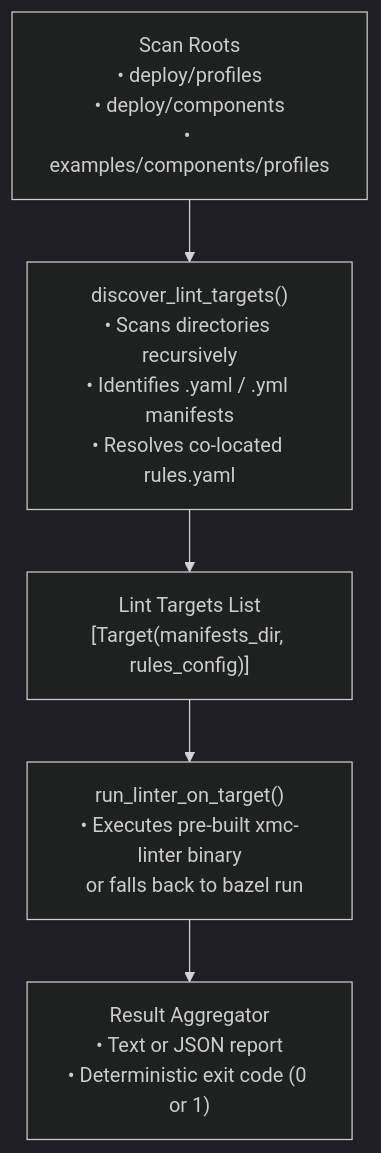
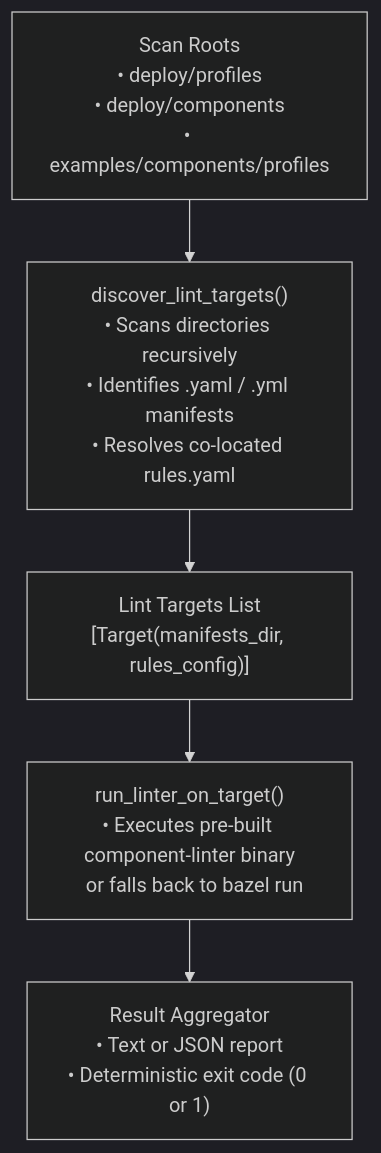
One commit to google/xmc changed the diagram in tools/components/README.md. Above: the diagram before and after it, drawn with Mermaid (dark theme). The commit also changed other lines of this file and 9 other files, not shown here.

First line of the commit message:
refactor(components): rename xmc-linter to component-linter and integrate with pre-commit

````diff
--- a/tools/components/README.md
+++ b/tools/components/README.md
@@ -11,7 +11,7 @@
 ```mermaid
 flowchart TD
     ScanRoots["Scan Roots\n• deploy/profiles\n• deploy/components\n• examples/components/profiles"] --> Discovery["discover_lint_targets()\n• Scans directories recursively\n• Identifies .yaml / .yml manifests\n• Resolves co-located rules.yaml"]
     Discovery --> Targets["Lint Targets List\n[Target(manifests_dir, rules_config)]"]
-    Targets --> Runner["run_linter_on_target()\n• Executes pre-built xmc-linter binary\n  or falls back to bazel run"]
+    Targets --> Runner["run_linter_on_target()\n• Executes pre-built component-linter binary\n  or falls back to bazel run"]
     Runner --> Aggregator["Result Aggregator\n• Text or JSON report\n• Deterministic exit code (0 or 1)"]
 ```
````
